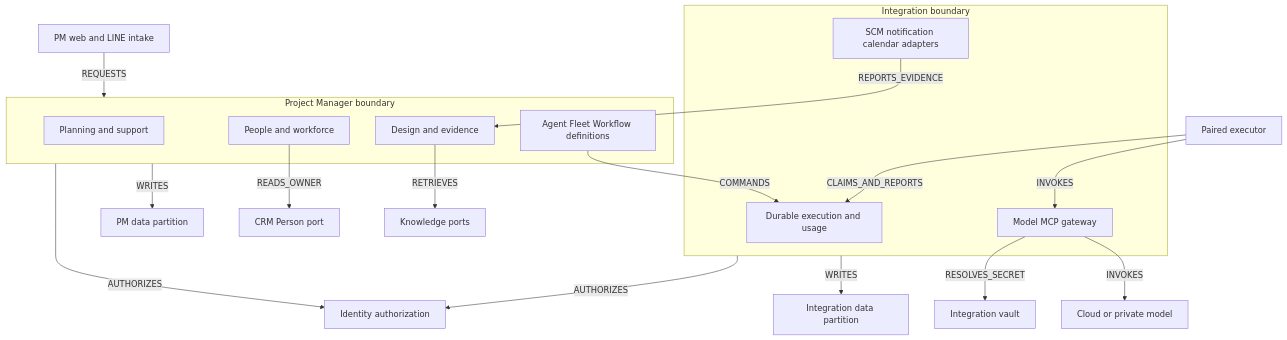
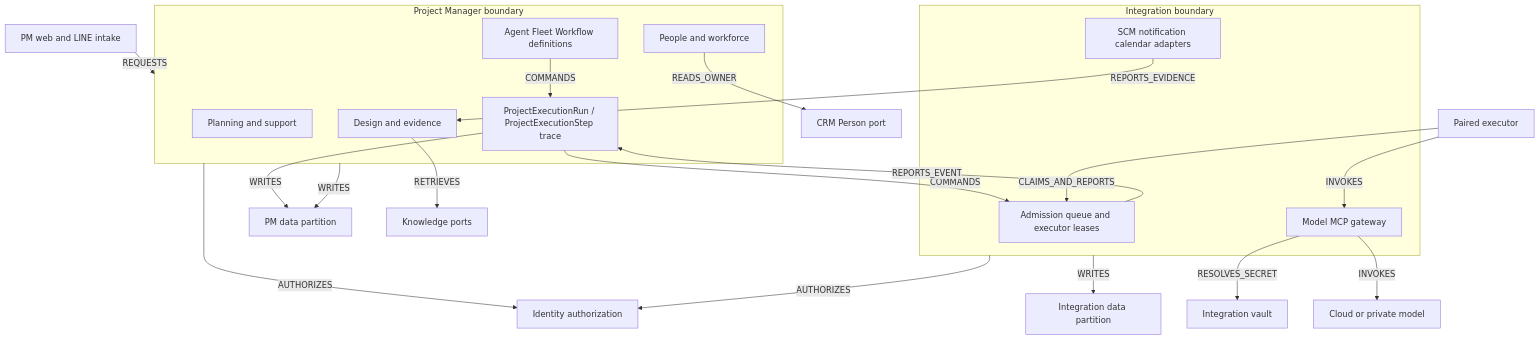
One commit to Freshair129/zuri.ai changed the second of 5 diagrams in docs/architecture/project-manager-system/19-SYSTEM-BLUEPRINT.md. Above: the diagram before and after it, drawn with Mermaid. The commit also changed other lines of this file and 19 other files, not shown here.

````diff
--- a/docs/architecture/project-manager-system/19-SYSTEM-BLUEPRINT.md
+++ b/docs/architecture/project-manager-system/19-SYSTEM-BLUEPRINT.md
@@ -70,28 +72,32 @@
 ```mermaid
 flowchart TB
   W["PM web and LINE intake"]
   subgraph PM["Project Manager boundary"]
     PL["Planning and support"]
     DE["Design and evidence"]
     DF["Agent Fleet Workflow definitions"]
+    TR["ProjectExecutionRun / ProjectExecutionStep trace"]
     WF["People and workforce"]
   end
   subgraph INT["Integration boundary"]
-    RUN["Durable execution and usage"]
+    RUN["Admission queue and executor leases"]
     PR["Model MCP gateway"]
     AD["SCM notification calendar adapters"]
   end
   W -->|REQUESTS| PM
   PM -->|AUTHORIZES| ID["Identity authorization"]
   PM -->|WRITES| PDB["PM data partition"]
-  DF -->|COMMANDS| RUN
+  DF -->|COMMANDS| TR
+  TR -->|COMMANDS| RUN
+  RUN -->|REPORTS_EVENT| TR
+  TR -->|WRITES| PDB
   WF -->|READS_OWNER| CRM["CRM Person port"]
   DE -->|RETRIEVES| K["Knowledge ports"]
   INT -->|AUTHORIZES| ID
   INT -->|WRITES| IDB["Integration data partition"]
   AD -->|REPORTS_EVIDENCE| DE
   EX["Paired executor"] -->|CLAIMS_AND_REPORTS| RUN
   EX -->|INVOKES| PR
   PR -->|RESOLVES_SECRET| V["Integration vault"]
   PR -->|INVOKES| M["Cloud or private model"]
 ```
````
